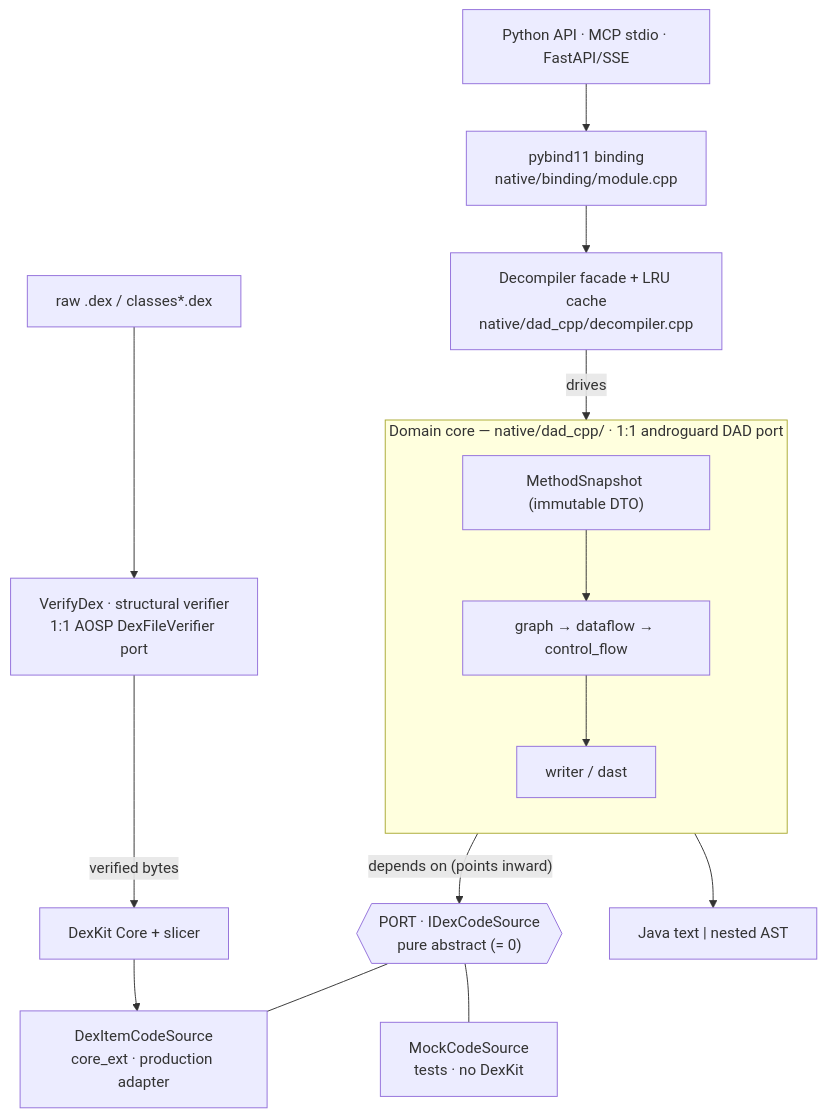
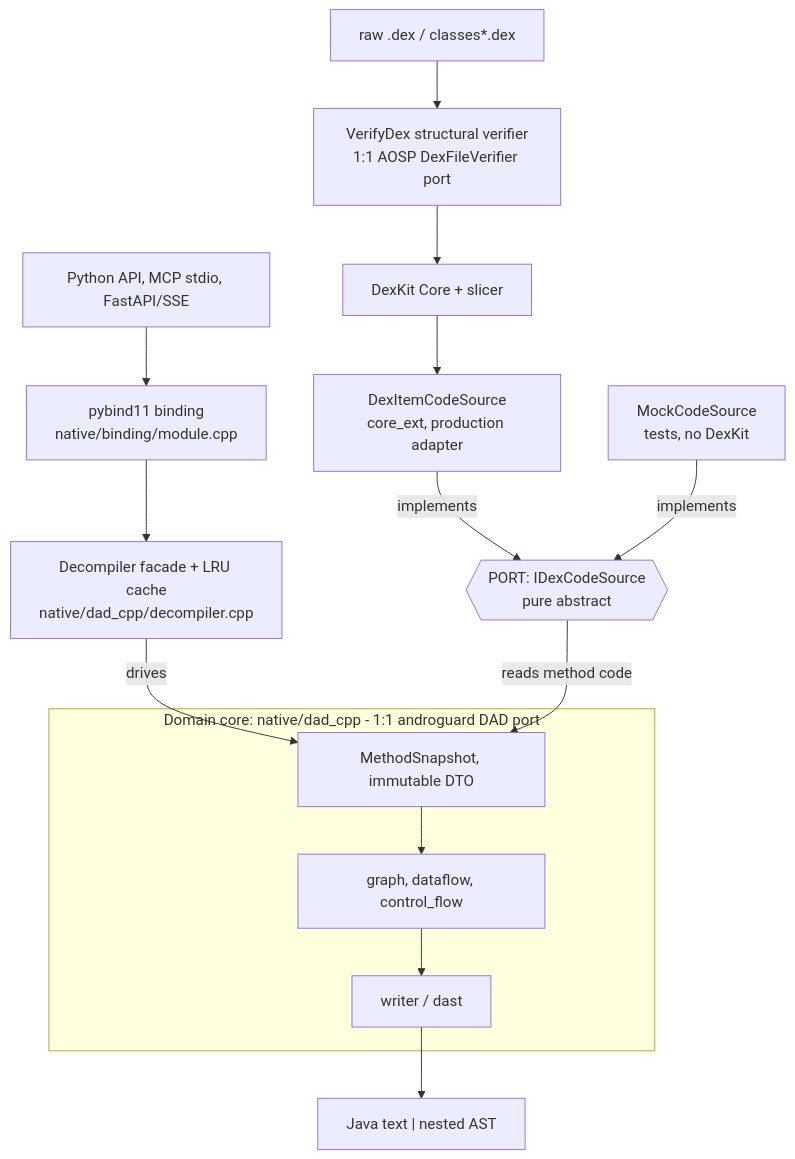
Before and after one commit to mobile-threat-hunter/dex-analyzer-for-llm: the first of 2 diagrams in README.md, drawn with Mermaid. The commit also changed other lines of this file and 1 other file, not shown here.

Commit message:
docs: harden Mermaid diagrams for GitHub rendering
The diagrams parsed and rendered locally (mermaid 10 + 11 via mermaid-cli), but
GitHub's renderer can silently fall back to showing raw source on a few finicky
constructs. Remove them so the diagrams render across GitHub's mermaid range:

- drop `direction` inside subgraphs (it conflicts with boundary-crossing edges)
- route edges to concrete nodes instead of to a subgraph id
- plain pipe-edge labels only (no quotes/parentheses inside `|...|`)

Re-verified: all three blocks render to real (non-error) SVG on mermaid-cli 10.9
and 11.15. No content change to the depicted architecture/pipeline.

````diff
--- a/README.md
+++ b/README.md
@@ -37,28 +37,28 @@
 ```mermaid
 flowchart TB
-    PY["Python API · MCP stdio · FastAPI/SSE"]
+    PY["Python API, MCP stdio, FastAPI/SSE"]
     BIND["pybind11 binding<br/>native/binding/module.cpp"]
     FACADE["Decompiler facade + LRU cache<br/>native/dad_cpp/decompiler.cpp"]
+    BYTES["raw .dex / classes*.dex"]
+    VERIFY["VerifyDex structural verifier<br/>1:1 AOSP DexFileVerifier port"]
+    DEXKIT["DexKit Core + slicer"]
+    PROD["DexItemCodeSource<br/>core_ext, production adapter"]
+    MOCK["MockCodeSource<br/>tests, no DexKit"]
+    PORT{{"PORT: IDexCodeSource<br/>pure abstract"}}
+    OUT["Java text | nested AST"]
 
-    subgraph core["Domain core — native/dad_cpp/ · 1:1 androguard DAD port"]
-        direction TB
-        SNAP["MethodSnapshot (immutable DTO)"]
-        PIPE["graph → dataflow → control_flow"]
+    subgraph core["Domain core: native/dad_cpp - 1:1 androguard DAD port"]
+        SNAP["MethodSnapshot, immutable DTO"]
+        PIPE["graph, dataflow, control_flow"]
         EMIT["writer / dast"]
         SNAP --> PIPE --> EMIT
     end
 
-    PORT{{"PORT · IDexCodeSource<br/>pure abstract (= 0)"}}
-    PROD["DexItemCodeSource<br/>core_ext · production adapter"]
-    MOCK["MockCodeSource<br/>tests · no DexKit"]
-    VERIFY["VerifyDex · structural verifier<br/>1:1 AOSP DexFileVerifier port"]
-    DEXKIT["DexKit Core + slicer"]
-    OUT["Java text | nested AST"]
-
-    PY --> BIND --> FACADE -->|drives| core
-    core -->|"depends on (points inward)"| PORT
-    PORT --- PROD
-    PORT --- MOCK
-    BYTES["raw .dex / classes*.dex"] --> VERIFY -->|verified bytes| DEXKIT --> PROD
+    PY --> BIND --> FACADE
+    FACADE -->|drives| SNAP
+    BYTES --> VERIFY --> DEXKIT --> PROD
+    PROD -->|implements| PORT
+    MOCK -->|implements| PORT
+    PORT -->|reads method code| SNAP
     EMIT --> OUT
 ```
````
